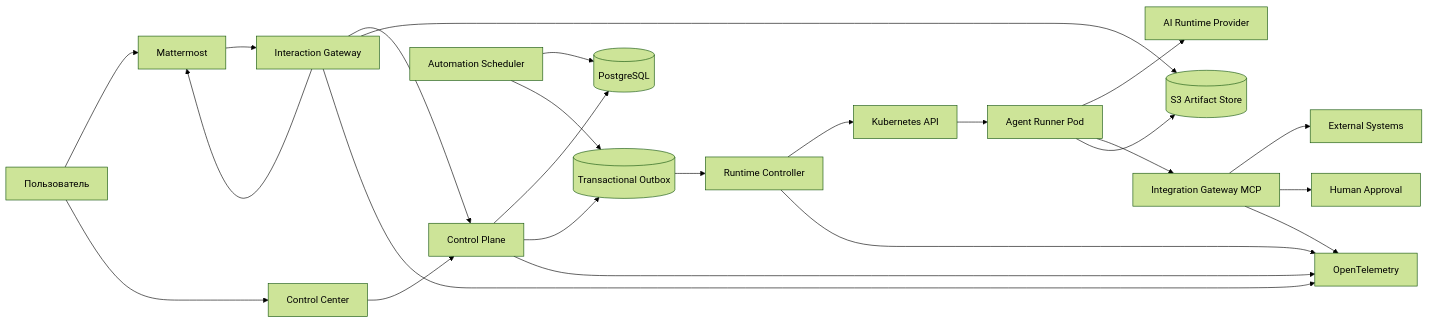
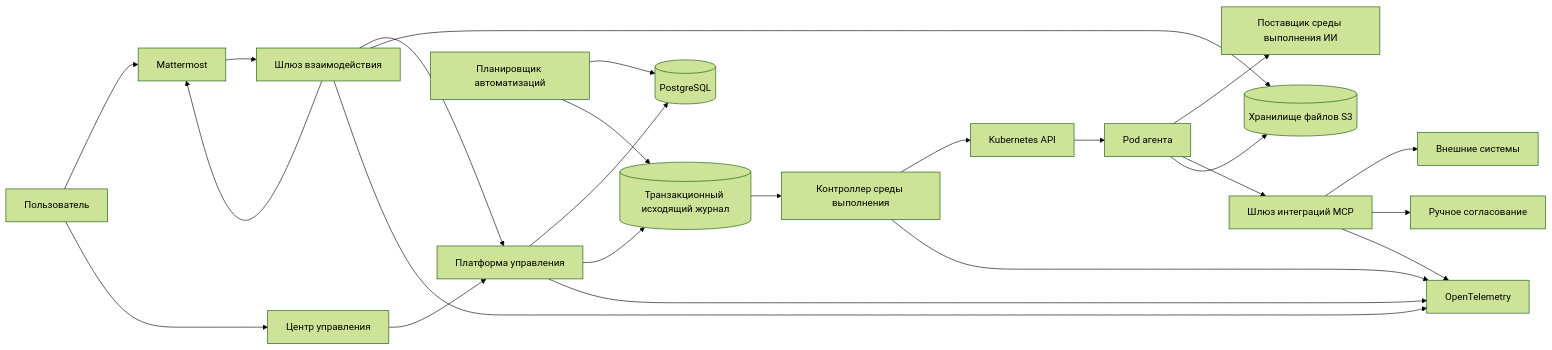
One commit to codex-k8s/kodex changed the diagram in docs/architecture/high-level-architecture.md. Above: the diagram before and after it, drawn with Mermaid (forest theme). The commit also changed other lines of this file and 56 other files, not shown here.

````diff
--- a/docs/architecture/high-level-architecture.md
+++ b/docs/architecture/high-level-architecture.md
@@ -13,26 +13,26 @@
 ```mermaid
 flowchart LR
     U[Пользователь] --> MM[Mattermost]
-    U --> CC[Control Center]
-    MM --> IG[Interaction Gateway]
-    CC --> CP[Control Plane]
+    U --> CC[Центр управления]
+    MM --> IG[Шлюз взаимодействия]
+    CC --> CP[Платформа управления]
     IG --> CP
     CP --> PG[(PostgreSQL)]
-    CP --> OB[(Transactional Outbox)]
-    AS[Automation Scheduler] --> PG
+    CP --> OB[(Транзакционный исходящий журнал)]
+    AS[Планировщик автоматизаций] --> PG
     AS --> OB
-    OB --> RC[Runtime Controller]
+    OB --> RC[Контроллер среды выполнения]
     RC --> K8S[Kubernetes API]
-    K8S --> AR[Agent Runner Pod]
-    AR --> AI[AI Runtime Provider]
-    AR --> MG[Integration Gateway MCP]
-    MG --> EXT[External Systems]
-    MG --> AP[Human Approval]
-    AR --> S3[(S3 Artifact Store)]
+    K8S --> AR[Pod агента]
+    AR --> AI[Поставщик среды выполнения ИИ]
+    AR --> MG[Шлюз интеграций MCP]
+    MG --> EXT[Внешние системы]
+    MG --> AP[Ручное согласование]
+    AR --> S3[(Хранилище файлов S3)]
     IG --> S3
     IG --> MM
     CP --> OT[OpenTelemetry]
     IG --> OT
     RC --> OT
     MG --> OT
 ```
````
